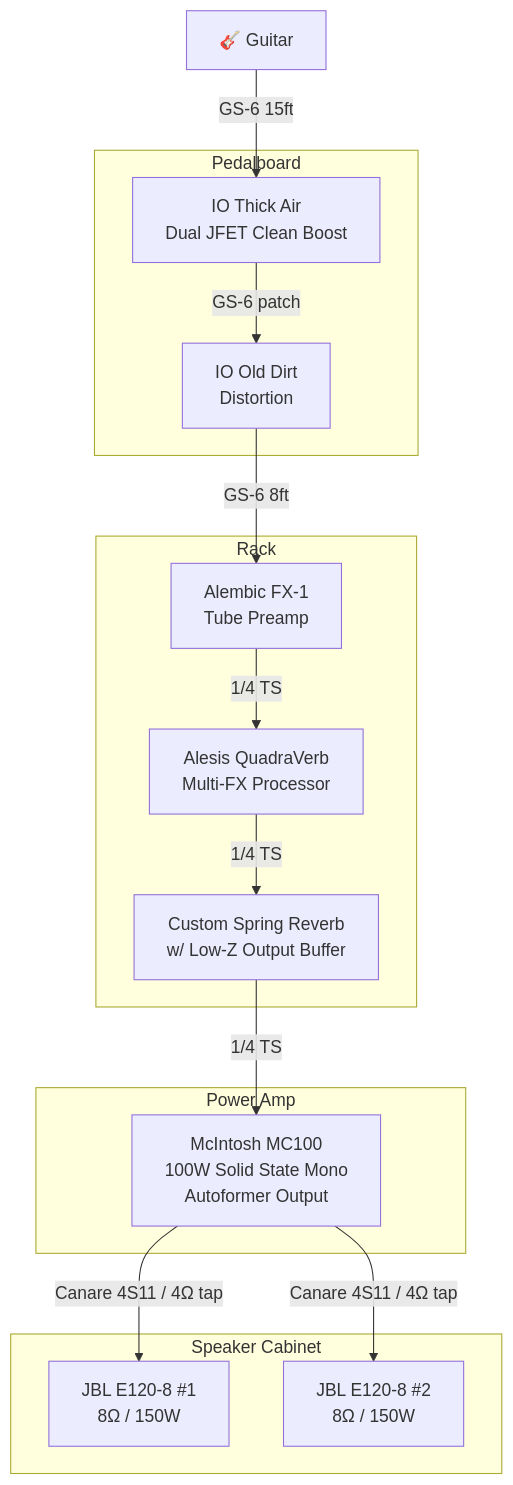
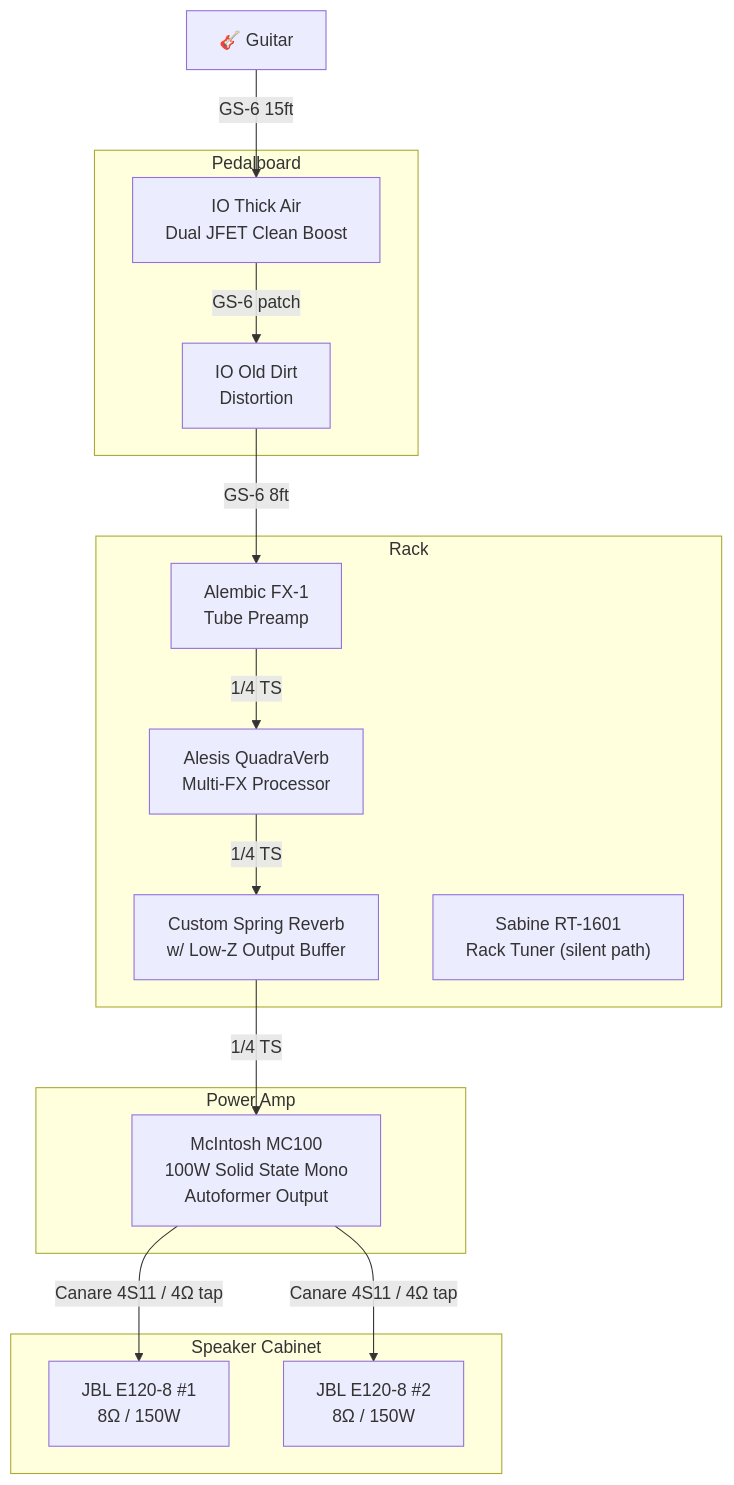
One commit to bingeboy/le-ton-juste changed the first of 2 diagrams in chain.md. Above: the diagram before and after it, drawn with Mermaid. The commit also changed other lines of this file and 5 other files, not shown here.

First line of the commit message:
Add Sabine RT-1601 rack tuner to signal chain

````diff
--- a/chain.md
+++ b/chain.md
@@ -5,33 +5,34 @@
 ```mermaid
 flowchart TD
   G["🎸 Guitar"]
 
   subgraph PEDALBOARD["Pedalboard"]
     TA["IO Thick Air<br/>Dual JFET Clean Boost"]
     DIRT["IO Old Dirt<br/>Distortion"]
   end
 
   subgraph RACK["Rack"]
     PRE["Alembic FX-1<br/>Tube Preamp"]
     QV["Alesis QuadraVerb<br/>Multi-FX Processor"]
     REV["Custom Spring Reverb<br/>w/ Low-Z Output Buffer"]
+    TUNER["Sabine RT-1601<br/>Rack Tuner (silent path)"]
   end
 
   subgraph AMP["Power Amp"]
     MC["McIntosh MC100<br/>100W Solid State Mono<br/>Autoformer Output"]
   end
 
   subgraph CABINET["Speaker Cabinet"]
     SP1["JBL E120-8 #1<br/>8Ω / 150W"]
     SP2["JBL E120-8 #2<br/>8Ω / 150W"]
   end
 
   G -->|"GS-6 15ft"| TA
   TA -->|"GS-6 patch"| DIRT
   DIRT -->|"GS-6 8ft"| PRE
   PRE -->|"1/4 TS"| QV
   QV -->|"1/4 TS"| REV
   REV -->|"1/4 TS"| MC
   MC -->|"Canare 4S11 / 4Ω tap"| SP1
   MC -->|"Canare 4S11 / 4Ω tap"| SP2
 ```
````
